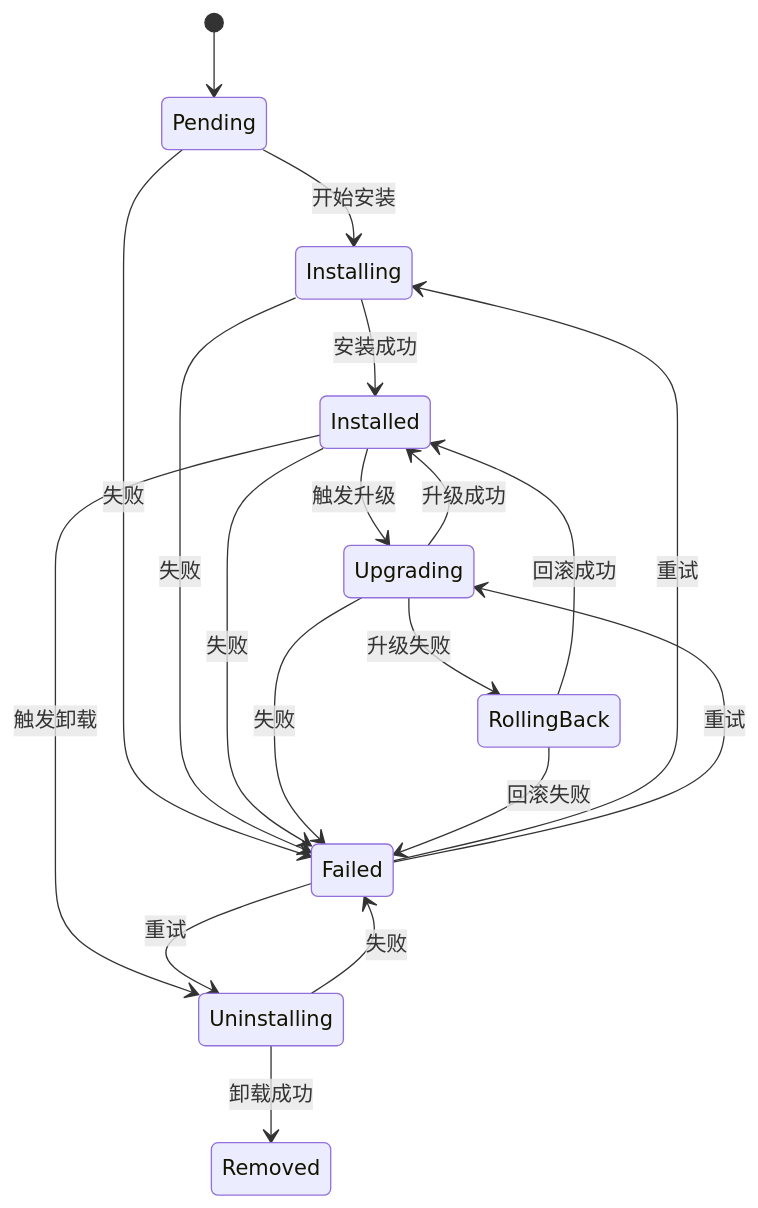
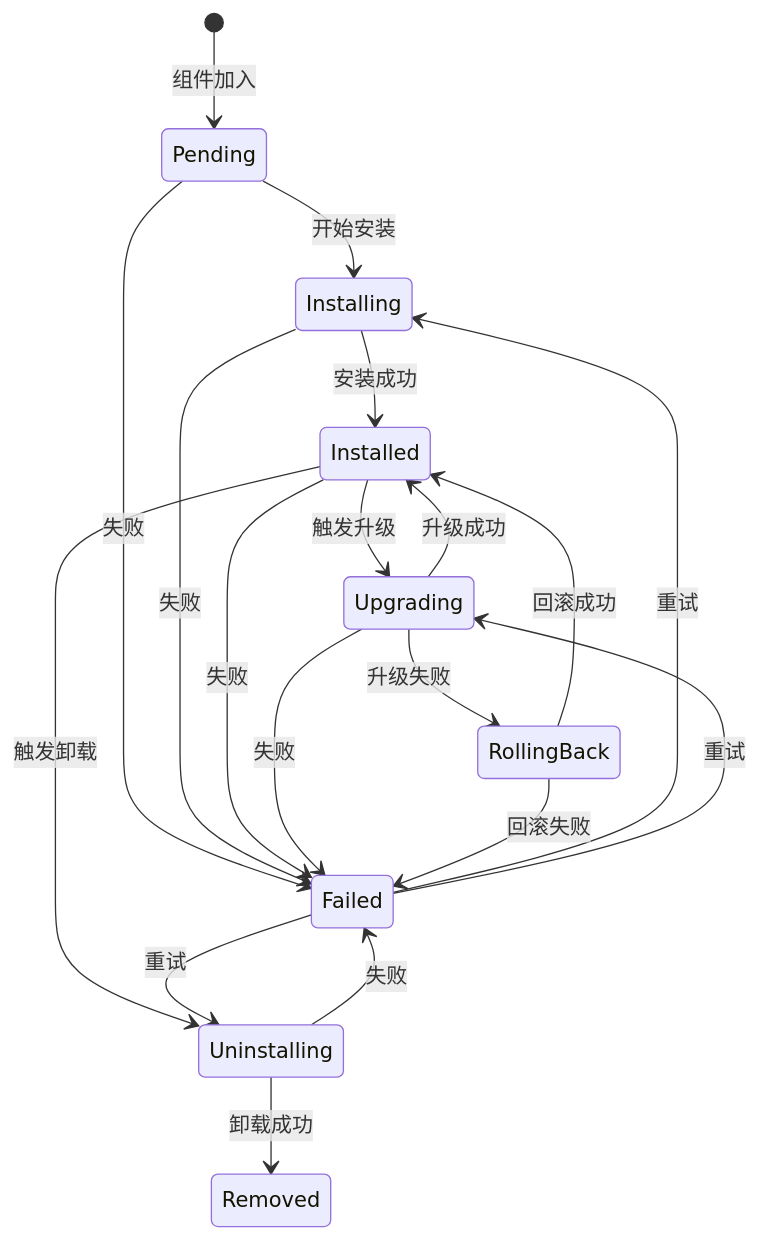
Before and after one commit to javadoors/cluster-api-provider-bke: the third of 3 diagrams in code/kep/kep6/kep6-state-machine-v3.md, drawn with Mermaid. The commit also changed other lines of this file, not shown here.

````diff
--- a/code/kep/kep6/kep6-state-machine-v3.md
+++ b/code/kep/kep6/kep6-state-machine-v3.md
@@ -337,27 +446,28 @@
 ```mermaid
 stateDiagram-v2
-    [*] --> Pending
+    [*] --> Pending : 组件加入
+    
     Pending --> Installing : 开始安装
     Pending --> Failed : 失败
     
     Installing --> Installed : 安装成功
     Installing --> Failed : 失败
     
     Installed --> Upgrading : 触发升级
     Installed --> Uninstalling : 触发卸载
     Installed --> Failed : 失败
     
     Upgrading --> Installed : 升级成功
     Upgrading --> RollingBack : 升级失败
     Upgrading --> Failed : 失败
     
     RollingBack --> Installed : 回滚成功
     RollingBack --> Failed : 回滚失败
     
     Uninstalling --> Removed : 卸载成功
     Uninstalling --> Failed : 失败
     
     Failed --> Installing : 重试
     Failed --> Upgrading : 重试
     Failed --> Uninstalling : 重试
 ```
````
